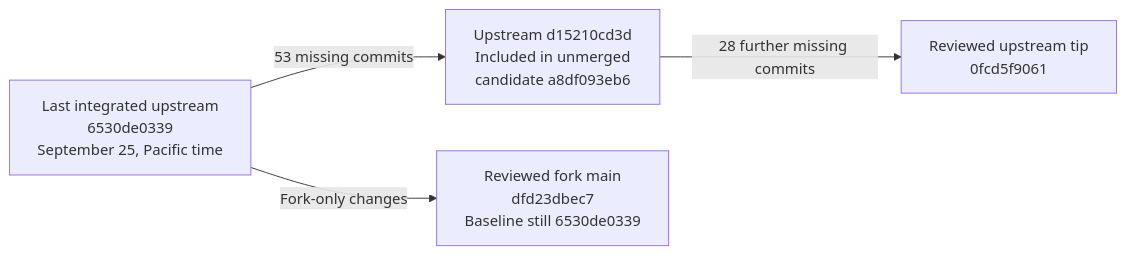
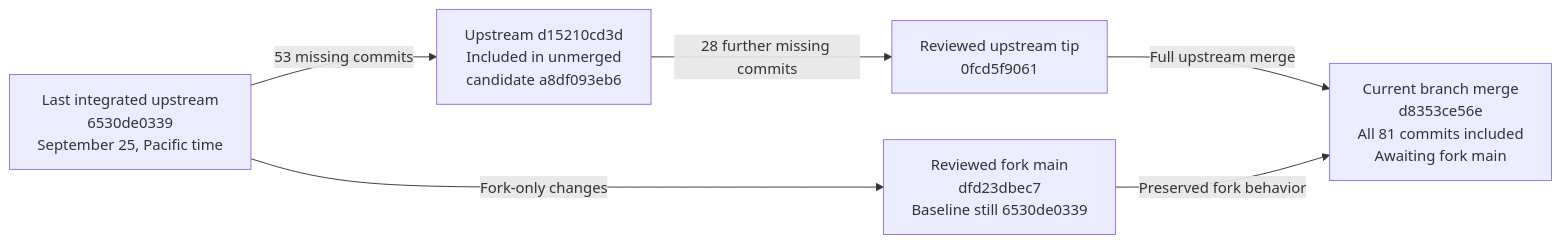
One commit to NicholasZolton/t3code changed the diagram in wiki/assets/upstream-integration.mmd. Above: the diagram before and after it, drawn with Mermaid. The commit also changed 4 other files, not shown here.

Commit message:
docs(wiki): record verified upstream branch integration

```diff
--- a/wiki/assets/upstream-integration.mmd
+++ b/wiki/assets/upstream-integration.mmd
@@ -1,16 +1,19 @@
 ---
 config:
   fontFamily: Arial, sans-serif
   themeVariables:
     fontFamily: Arial, sans-serif
 ---
 %% Render with mmdc -s 3 --no-font-embed to keep the SVG free of bundled fonts.
 flowchart LR
     baseline["Last integrated upstream<br/>6530de0339<br/>September 25, Pacific time"]
     candidate["Upstream d15210cd3d<br/>Included in unmerged<br/>candidate a8df093eb6"]
     latest["Reviewed upstream tip<br/>0fcd5f9061"]
     fork["Reviewed fork main<br/>dfd23dbec7<br/>Baseline still 6530de0339"]
+    integrated["Current branch merge<br/>d8353ce56e<br/>All 81 commits included<br/>Awaiting fork main"]
 
     baseline -->|53 missing commits| candidate
     candidate -->|28 further missing commits| latest
     baseline -->|Fork-only changes| fork
+    latest -->|Full upstream merge| integrated
+    fork -->|Preserved fork behavior| integrated
```
